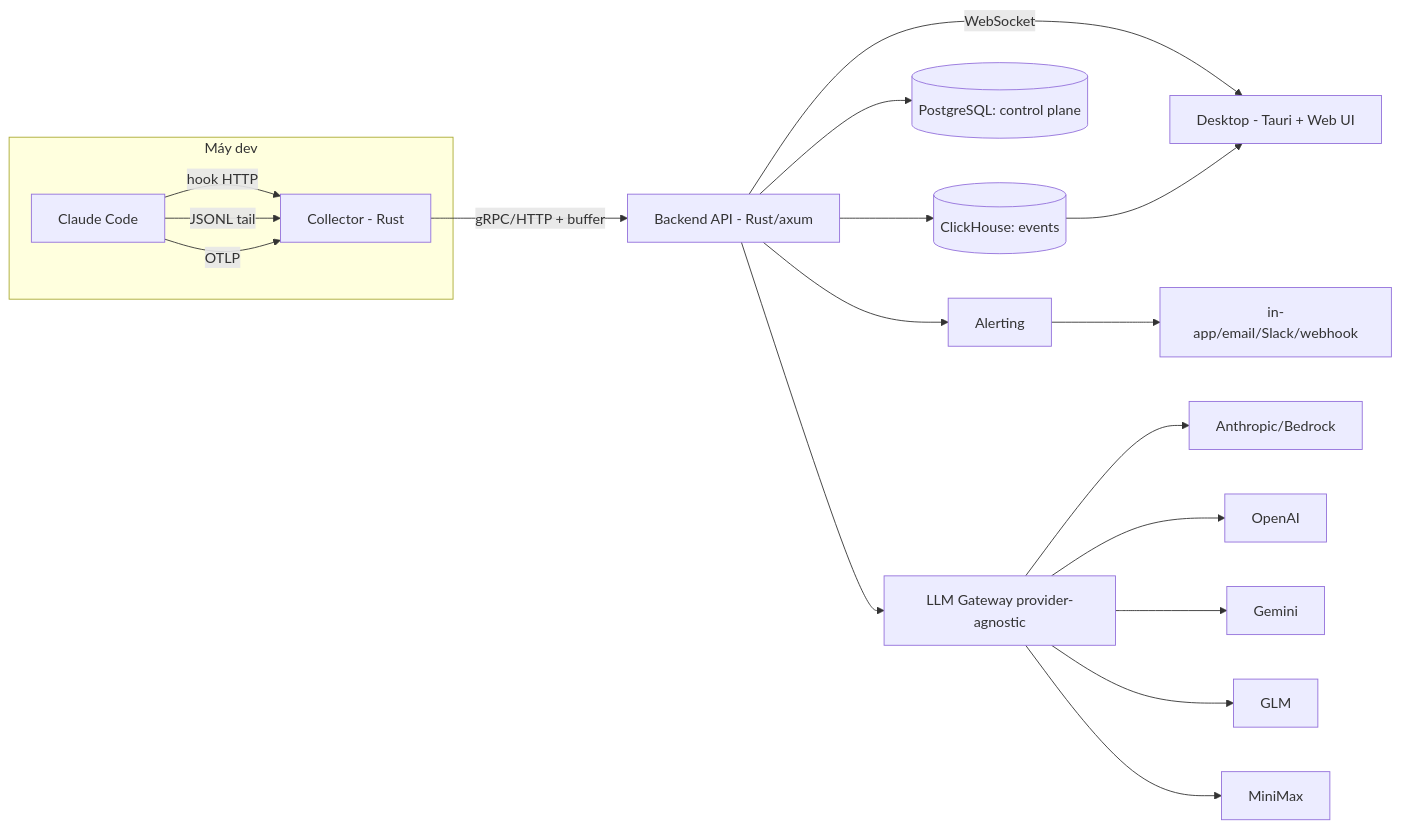
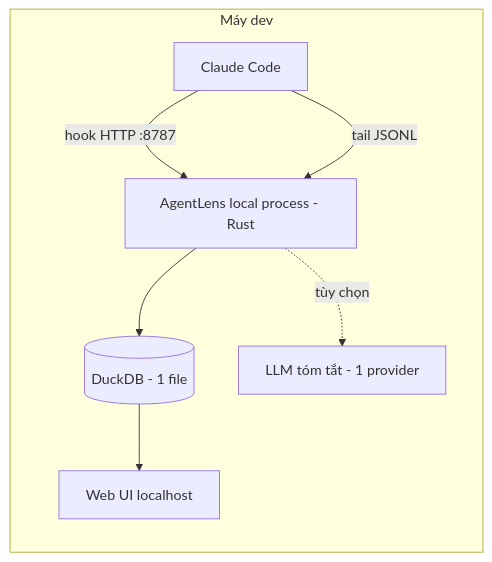
Before and after one commit to anhnth24/agent-lens: the diagram in agentlens-docs/TRD-0001-agent-observability.md, drawn with Mermaid. The commit also changed other lines of this file and 9 other files, not shown here.

First line of the commit message:
docs: pivot AgentLens to lean local-first scope

````diff
--- a/agentlens-docs/TRD-0001-agent-observability.md
+++ b/agentlens-docs/TRD-0001-agent-observability.md
@@ -27,23 +23,14 @@
 ```mermaid
 flowchart LR
   subgraph DevMachine[Máy dev]
     cc[Claude Code]
-    col[Collector - Rust]
-    cc -->|hook HTTP| col
-    cc -->|JSONL tail| col
-    cc -->|OTLP| col
+    app[AgentLens local process - Rust]
+    db[(DuckDB - 1 file)]
+    ui[Web UI localhost]
+    cc -->|hook HTTP :8787| app
+    cc -->|tail JSONL| app
+    app --> db
+    db --> ui
+    app -. tùy chọn .-> llm[LLM tóm tắt - 1 provider]
   end
-  col -->|gRPC/HTTP + buffer| api[Backend API - Rust/axum]
-  api --> ch[(ClickHouse: events)]
-  api --> pg[(PostgreSQL: control plane)]
-  api -->|WebSocket| desk[Desktop - Tauri + Web UI]
-  ch --> desk
-  api --> alert[Alerting]
-  api --> gw[LLM Gateway provider-agnostic]
-  gw --> v1[Anthropic/Bedrock]
-  gw --> v2[OpenAI]
-  gw --> v3[Gemini]
-  gw --> v4[GLM]
-  gw --> v5[MiniMax]
-  alert --> notify[in-app/email/Slack/webhook]
 ```
````
